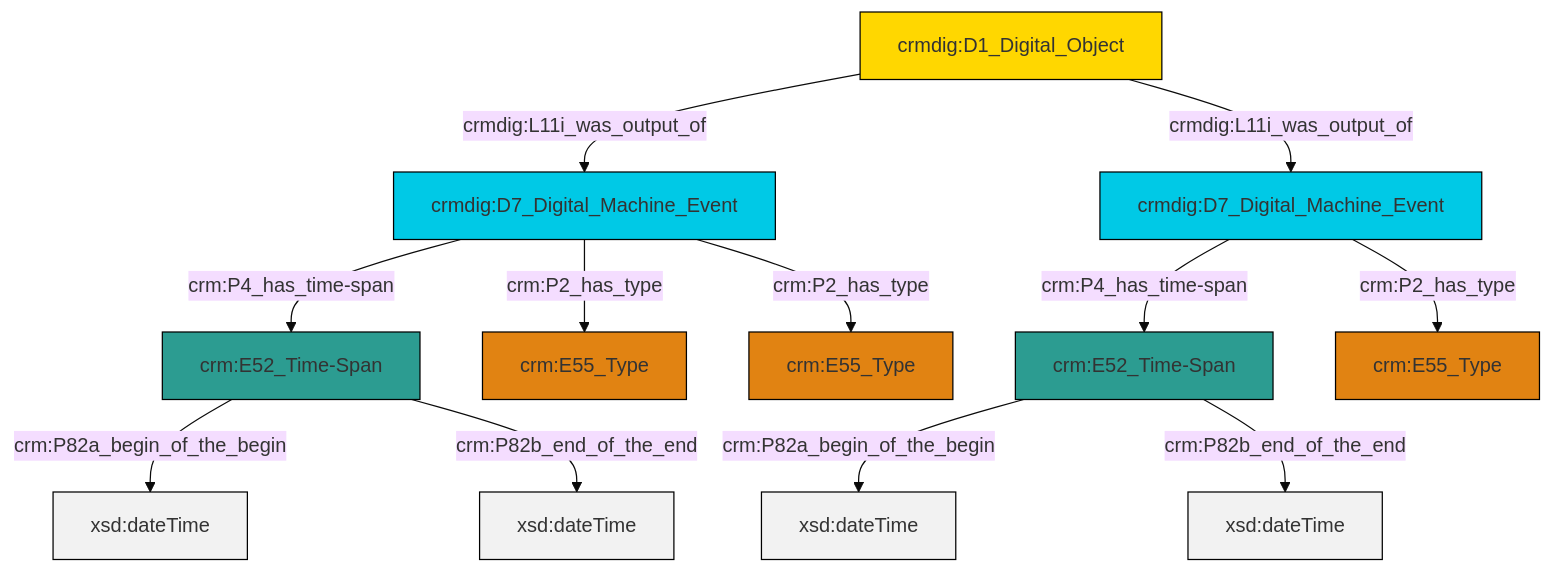
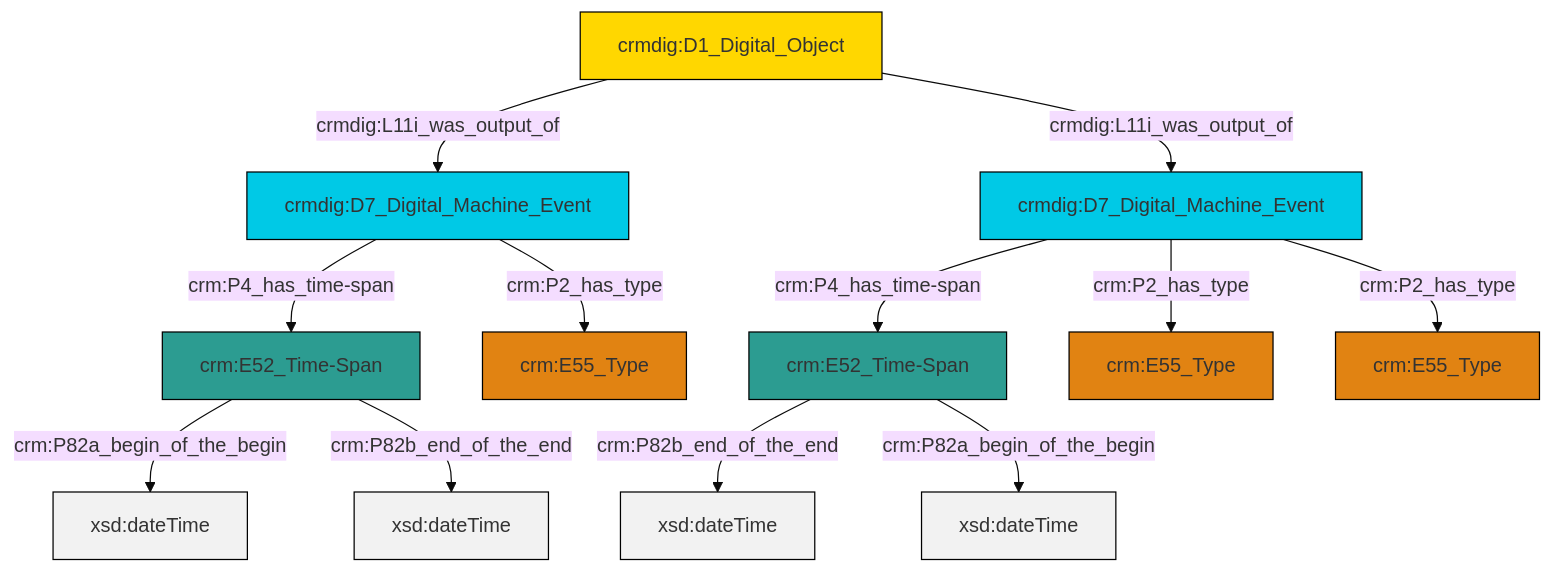
The diagram in et/doCSV/ttl/mmd/do_existence.ttl.mmd (swiss-art-research-net/reference-data-models), drawn with Mermaid (base theme) before and after one commit. The commit also changed 125 other files, not shown here.

```diff
--- a/et/doCSV/ttl/mmd/do_existence.ttl.mmd
+++ b/et/doCSV/ttl/mmd/do_existence.ttl.mmd
@@ -1,26 +1,26 @@
 graph TD
 classDef Literal fill:#f2f2f2,stroke:#000000;
 classDef CRM_Entity fill:#FFFFFF,stroke:#000000;
 classDef Temporal_Entity fill:#00C9E6, stroke:#000000;
 classDef Type fill:#E18312, stroke:#000000;
 classDef Time-Span fill:#2C9C91, stroke:#000000;
 classDef Appellation fill:#FFEB7F, stroke:#000000;
 classDef Place fill:#008836, stroke:#000000;
 classDef Persistent_Item fill:#B266B2, stroke:#000000;
 classDef Conceptual_Object fill:#FFD700, stroke:#000000;
 classDef Physical_Thing fill:#D2B48C, stroke:#000000;
 classDef Actor fill:#f58aad, stroke:#000000;
 classDef PC_Classes fill:#4ce600, stroke:#000000;
 classDef Multi fill:#cccccc,stroke:#000000;
 
-2["crmdig:D7_Digital_Machine_Event"]:::Temporal_Entity -->|crm:P4_has_time-span| 3["crm:E52_Time-Span"]:::Time-Span
-3["crm:E52_Time-Span"]:::Time-Span -->|crm:P82a_begin_of_the_begin| 4[xsd:dateTime]:::Literal
-5["crmdig:D1_Digital_Object"]:::Conceptual_Object -->|crmdig:L11i_was_output_of| 2["crmdig:D7_Digital_Machine_Event"]:::Temporal_Entity
-2["crmdig:D7_Digital_Machine_Event"]:::Temporal_Entity -->|crm:P2_has_type| 6["crm:E55_Type"]:::Type
-9["crmdig:D7_Digital_Machine_Event"]:::Temporal_Entity -->|crm:P4_has_time-span| 0["crm:E52_Time-Span"]:::Time-Span
-0["crm:E52_Time-Span"]:::Time-Span -->|crm:P82a_begin_of_the_begin| 11[xsd:dateTime]:::Literal
-5["crmdig:D1_Digital_Object"]:::Conceptual_Object -->|crmdig:L11i_was_output_of| 9["crmdig:D7_Digital_Machine_Event"]:::Temporal_Entity
-9["crmdig:D7_Digital_Machine_Event"]:::Temporal_Entity -->|crm:P2_has_type| 13["crm:E55_Type"]:::Type
-3["crm:E52_Time-Span"]:::Time-Span -->|crm:P82b_end_of_the_end| 20[xsd:dateTime]:::Literal
-2["crmdig:D7_Digital_Machine_Event"]:::Temporal_Entity -->|crm:P2_has_type| 7["crm:E55_Type"]:::Type
-0["crm:E52_Time-Span"]:::Time-Span -->|crm:P82b_end_of_the_end| 21[xsd:dateTime]:::Literal
+0["crmdig:D7_Digital_Machine_Event"]:::Temporal_Entity -->|crm:P4_has_time-span| 1["crm:E52_Time-Span"]:::Time-Span
+1["crm:E52_Time-Span"]:::Time-Span -->|crm:P82a_begin_of_the_begin| 2[xsd:dateTime]:::Literal
+1["crm:E52_Time-Span"]:::Time-Span -->|crm:P82b_end_of_the_end| 3[xsd:dateTime]:::Literal
+6["crmdig:D1_Digital_Object"]:::Conceptual_Object -->|crmdig:L11i_was_output_of| 0["crmdig:D7_Digital_Machine_Event"]:::Temporal_Entity
+6["crmdig:D1_Digital_Object"]:::Conceptual_Object -->|crmdig:L11i_was_output_of| 8["crmdig:D7_Digital_Machine_Event"]:::Temporal_Entity
+10["crm:E52_Time-Span"]:::Time-Span -->|crm:P82b_end_of_the_end| 12[xsd:dateTime]:::Literal
+8["crmdig:D7_Digital_Machine_Event"]:::Temporal_Entity -->|crm:P4_has_time-span| 10["crm:E52_Time-Span"]:::Time-Span
+8["crmdig:D7_Digital_Machine_Event"]:::Temporal_Entity -->|crm:P2_has_type| 4["crm:E55_Type"]:::Type
+10["crm:E52_Time-Span"]:::Time-Span -->|crm:P82a_begin_of_the_begin| 13[xsd:dateTime]:::Literal
+0["crmdig:D7_Digital_Machine_Event"]:::Temporal_Entity -->|crm:P2_has_type| 14["crm:E55_Type"]:::Type
+8["crmdig:D7_Digital_Machine_Event"]:::Temporal_Entity -->|crm:P2_has_type| 18["crm:E55_Type"]:::Type
```
